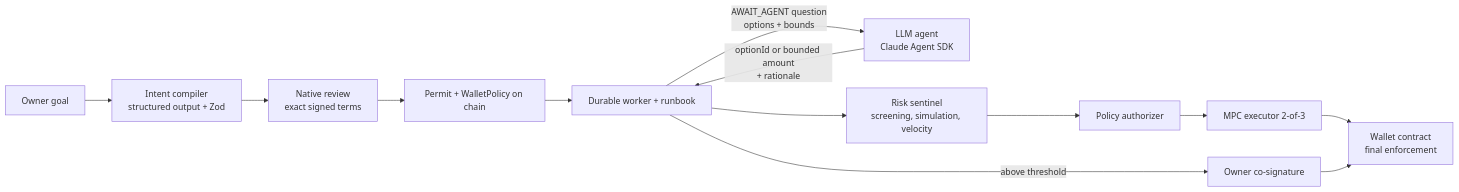
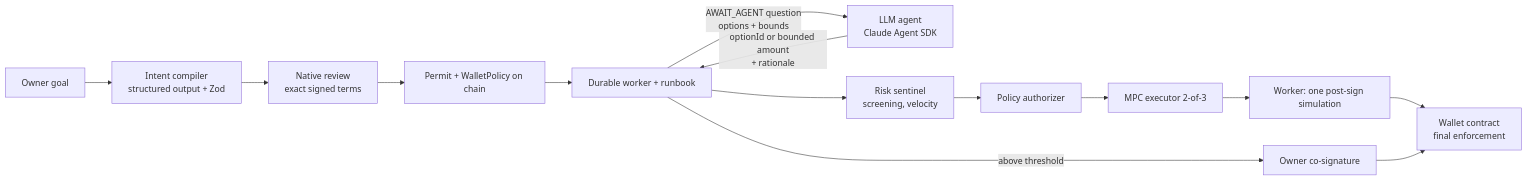
The fourth of 4 diagrams in architecture.md (Safius-Sifat/Fintechathon), drawn with Mermaid before and after one commit. The commit also changed other lines of this file and 10 other files, not shown here.

First line of the commit message:
docs(plans): require one post-sign simulation before broadcast

````diff
--- a/architecture.md
+++ b/architecture.md
@@ -203,15 +203,16 @@
 ```mermaid
 flowchart LR
  Goal[Owner goal] --> Compiler[Intent compiler\nstructured output + Zod]
  Compiler --> Review[Native review\nexact signed terms]
  Review --> Permit[Permit + WalletPolicy on chain]
  Permit --> Worker[Durable worker + runbook]
  Worker -->|AWAIT_AGENT question\noptions + bounds| Agent[LLM agent\nClaude Agent SDK]
  Agent -->|optionId or bounded amount\n+ rationale| Worker
- Worker --> Sentinel[Risk sentinel\nscreening, simulation, velocity]
+ Worker --> Sentinel[Risk sentinel\nscreening, velocity]
  Sentinel --> Auth[Policy authorizer]
  Auth --> MPC[MPC executor 2-of-3]
- MPC --> Wallet[Wallet contract\nfinal enforcement]
+ MPC --> Sim[Worker: one post-sign simulation]
+ Sim --> Wallet[Wallet contract\nfinal enforcement]
  Worker -->|above threshold| Phone[Owner co-signature]
  Phone --> Wallet
 ```
````
